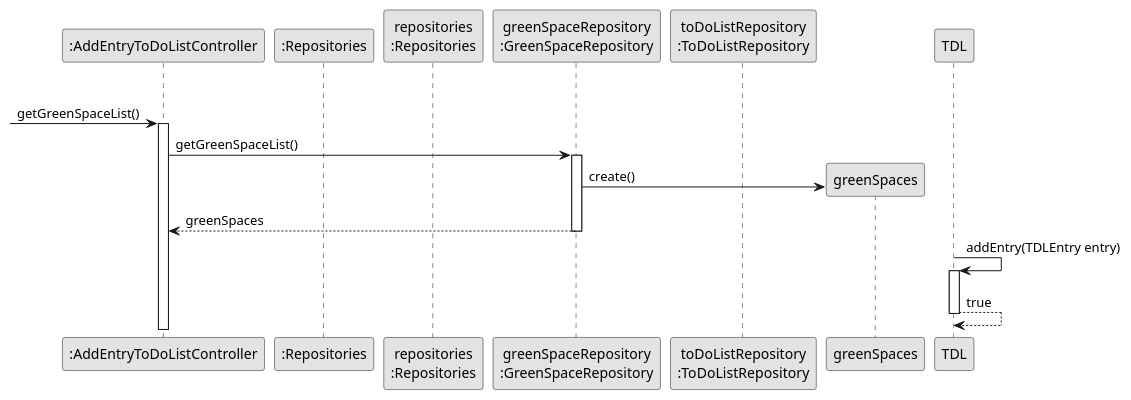
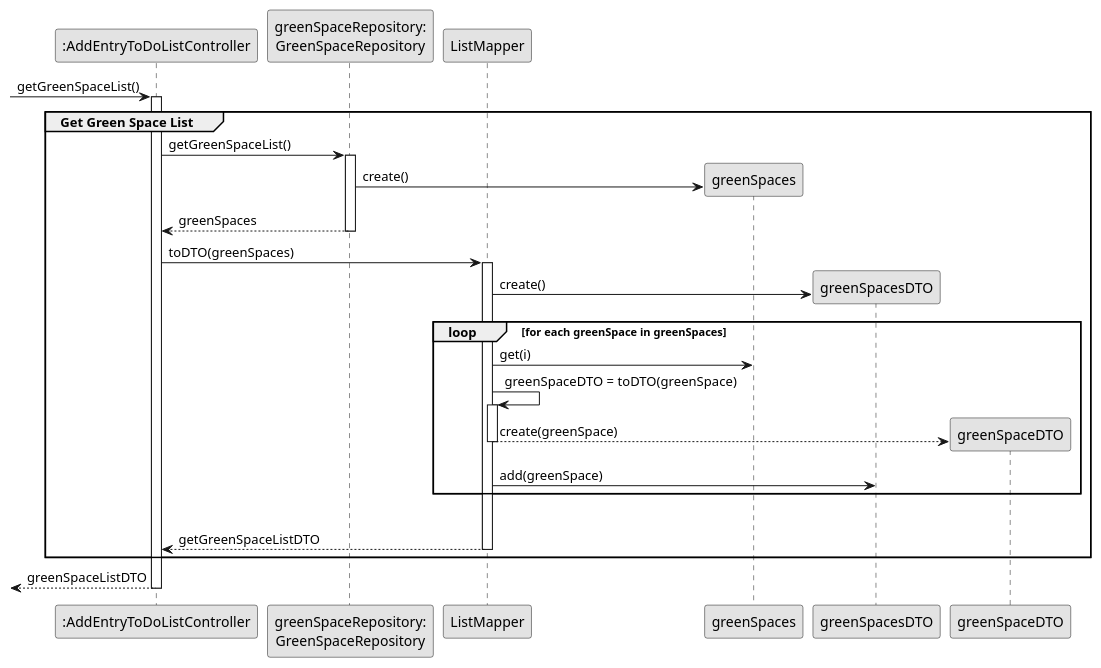
One commit to tiagosoa/lei-24-s2-1dgh-g073 changed the diagram in docs/sprint3/us021/03.design/puml/us021-sequence-diagram-partial-get-gs-list.puml. Above: the diagram before and after it, drawn with PlantUML. The commit also changed 1 other file, not shown here.

Commit message:
DTO design US21

```diff
--- a/docs/sprint3/us021/03.design/puml/us021-sequence-diagram-partial-get-gs-list.puml
+++ b/docs/sprint3/us021/03.design/puml/us021-sequence-diagram-partial-get-gs-list.puml
@@ -1,38 +1,62 @@
 @startuml
 skinparam monochrome true
 skinparam packageStyle rectangle
 skinparam shadowing false
 
 
 
 participant ":AddEntryToDoListController" as CTRL
-participant ":Repositories" as RepositorySingleton
-participant "repositories\n:Repositories" as PLAT
-participant "greenSpaceRepository\n:GreenSpaceRepository" as GSR
-participant "toDoListRepository\n:ToDoListRepository" as TDR
+participant "greenSpaceRepository:\nGreenSpaceRepository" as GSR
+participant "ListMapper" as LM
 participant "greenSpaces" as GS
+participant "greenSpacesDTO" as GSDTO
+participant "greenSpaceDTO" as GDTO
 
-
+        -> CTRL : getGreenSpaceList()
+                  activate CTRL
     group Get Green Space List
-
-            -> CTRL: getGreenSpaceList()
-            activate CTRL
-
-                CTRL -> GSR: getGreenSpaceList()
-                activate GSR
-
-                GSR -> GS**: create()
-
-
-                GSR --> CTRL: greenSpaces
-                deactivate GSR
-
-                TDL -> TDL: addEntry(TDLEntry entry)
-                                activate TDL
-
-                                TDL --> TDL: true
-                                deactivate TDL
 
 
 
+                       CTRL -> GSR : getGreenSpaceList()
+                       activate GSR
+                    
+
+                     GSR -> GS**: create()
+
+                     GSR --> CTRL: greenSpaces
+                     deactivate GSR
+
+                     CTRL -> LM: toDTO(greenSpaces)
+                     activate LM
+
+                     LM -> GSDTO**: create()
+
+                     loop for each greenSpace in greenSpaces
+
+                     LM -> GS: get(i)
+
+                     LM -> LM: greenSpaceDTO = toDTO(greenSpace)
+                     activate LM
+
+                     LM --> GDTO**: create(greenSpace)
+                     deactivate LM
+
+                     LM -> GSDTO: add(greenSpace)
+                     end
+
+
+
+                     |||
+
+                         LM --> CTRL : getGreenSpaceListDTO
+                         deactivate LM
+
+
+    end
+
+    <-- CTRL : greenSpaceListDTO
+deactivate CTRL
+
+
 @enduml
```
